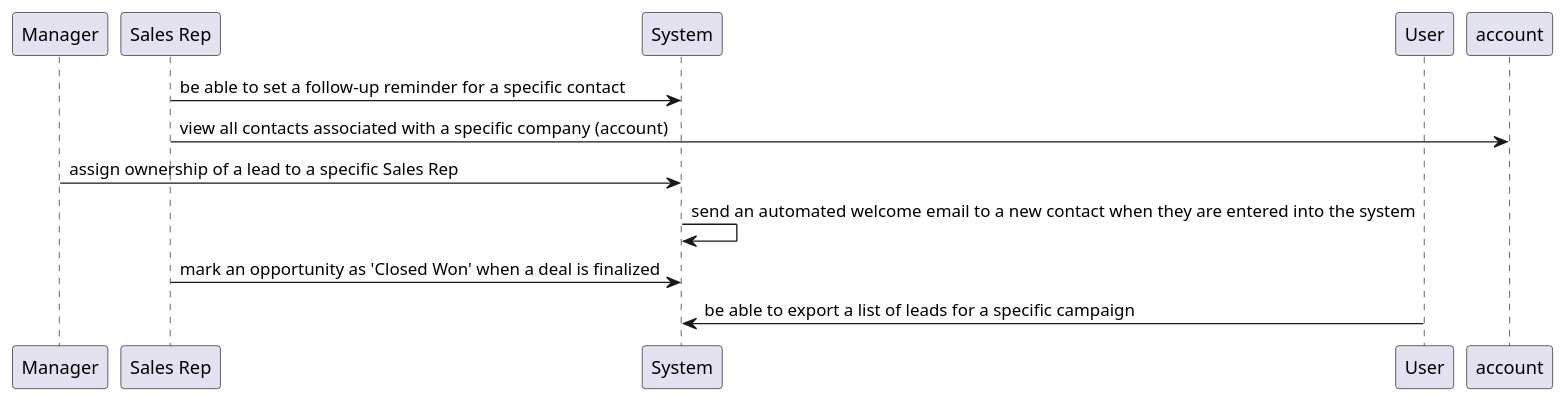
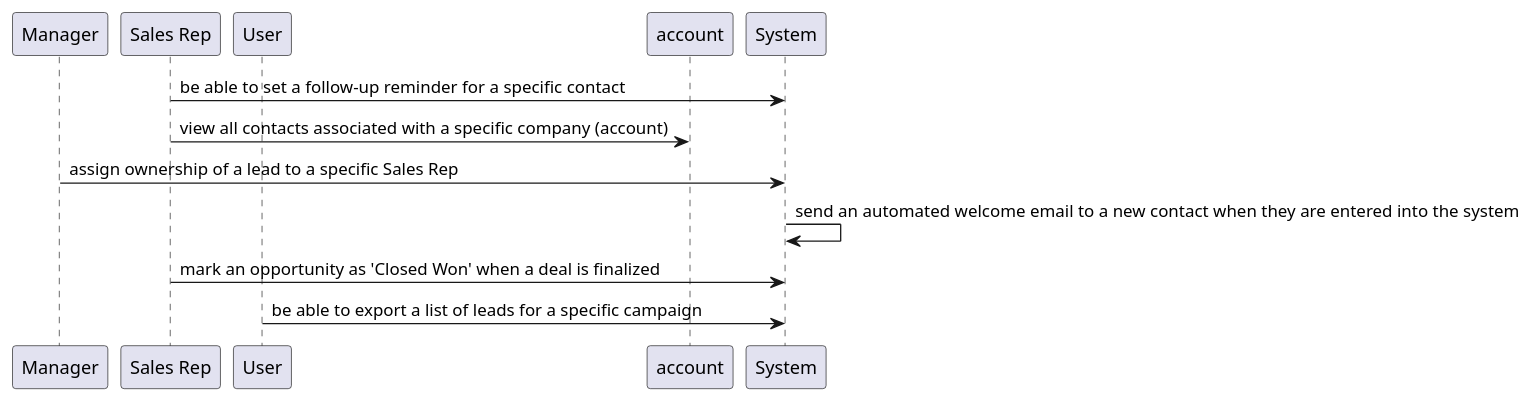
One commit to qamaruddin-qureshi/fyp-uml-diagram-generator changed the diagram in user_stories/golden_puml/sequence/sequence_test_CRM_Advanced.puml. Above: the diagram before and after it, drawn with PlantUML. The commit also changed other lines of this file and 7 other files, not shown here.

First line of the commit message:
fix(sequence): enforce left-to-right arrow direction

```diff
--- a/user_stories/golden_puml/sequence/sequence_test_CRM_Advanced.puml
+++ b/user_stories/golden_puml/sequence/sequence_test_CRM_Advanced.puml
@@ -1,13 +1,13 @@
 @startuml
 participant "Manager" as Manager
 participant "Sales Rep" as Sales_Rep
-participant "System" as System
 participant "User" as User
 participant "account" as account
+participant "System" as System
 Sales_Rep -> System: be able to set a follow-up reminder for a specific contact
 Sales_Rep -> account: view all contacts associated with a specific company (account)
 Manager -> System: assign ownership of a lead to a specific Sales Rep
 System -> System: send an automated welcome email to a new contact when they are entered into the system
 Sales_Rep -> System: mark an opportunity as 'Closed Won' when a deal is finalized
 User -> System: be able to export a list of leads for a specific campaign
 @enduml
```
